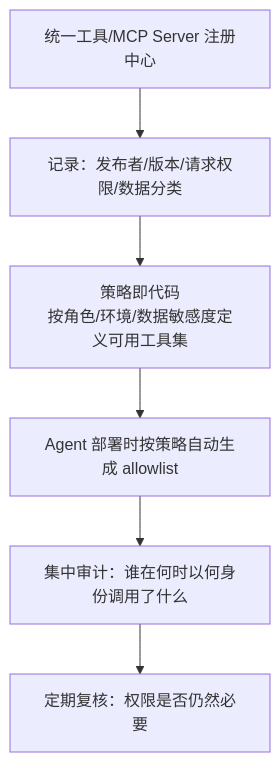
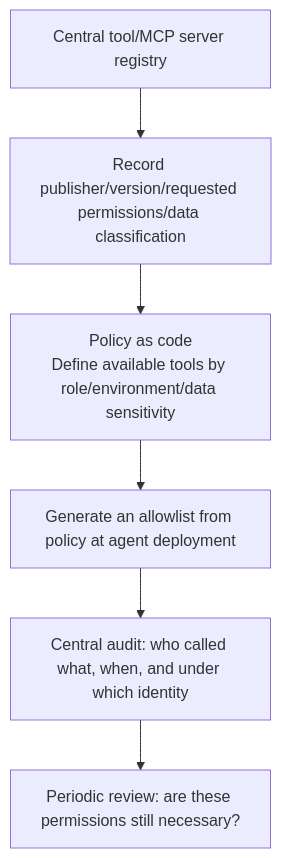
Before and after one commit to oneleaveknowsthefall/awesome-ai-roadmap: the third of 3 diagrams in docs/safety/04-agent-execution-isolation/07-agent-tool-mcp-a2a-least-privilege-identity.md, drawn with Mermaid. The commit also changed other lines of this file and 82 other files, not shown here.

````diff
--- a/docs/safety/04-agent-execution-isolation/07-agent-tool-mcp-a2a-least-privilege-identity.md
+++ b/docs/safety/04-agent-execution-isolation/07-agent-tool-mcp-a2a-least-privilege-identity.md
@@ -87,8 +87,8 @@
 ```mermaid
 flowchart TB
-    REG[统一工具/MCP Server 注册中心] --> META[记录：发布者/版本/请求权限/数据分类]
-    META --> POLICY[策略即代码<br/>按角色/环境/数据敏感度定义可用工具集]
-    POLICY --> DEPLOY[Agent 部署时按策略自动生成 allowlist]
-    DEPLOY --> AUDIT[集中审计：谁在何时以何身份调用了什么]
-    AUDIT --> REVIEW[定期复核：权限是否仍然必要]
+    REG[Central tool/MCP server registry] --> META[Record publisher/version/requested permissions/data classification]
+    META --> POLICY[Policy as code<br/>Define available tools by role/environment/data sensitivity]
+    POLICY --> DEPLOY[Generate an allowlist from policy at agent deployment]
+    DEPLOY --> AUDIT[Central audit: who called what, when, and under which identity]
+    AUDIT --> REVIEW[Periodic review: are these permissions still necessary?]
 ```
````
